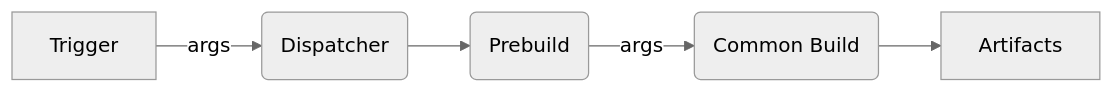
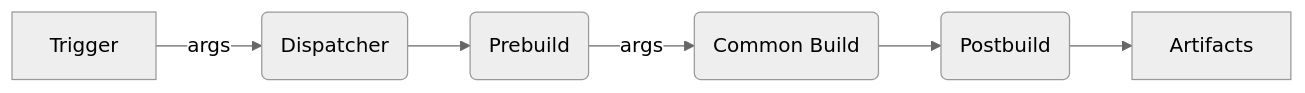
One commit to aziontech/bundler changed the diagram in docs/overview.md. Above: the diagram before and after it, drawn with Mermaid (neutral theme). The commit also changed other lines of this file and 3 other files, not shown here.

````diff
--- a/docs/overview.md
+++ b/docs/overview.md
@@ -5,8 +5,9 @@
 ```mermaid
 flowchart LR
 
 A[Trigger] -->|args| B(Dispatcher)
 B --> C(Prebuild)
 C -->|args| D(Common Build)
-D --> E[Artifacts]
+D --> E(Postbuild)
+E --> F[Artifacts]
 ```
````
